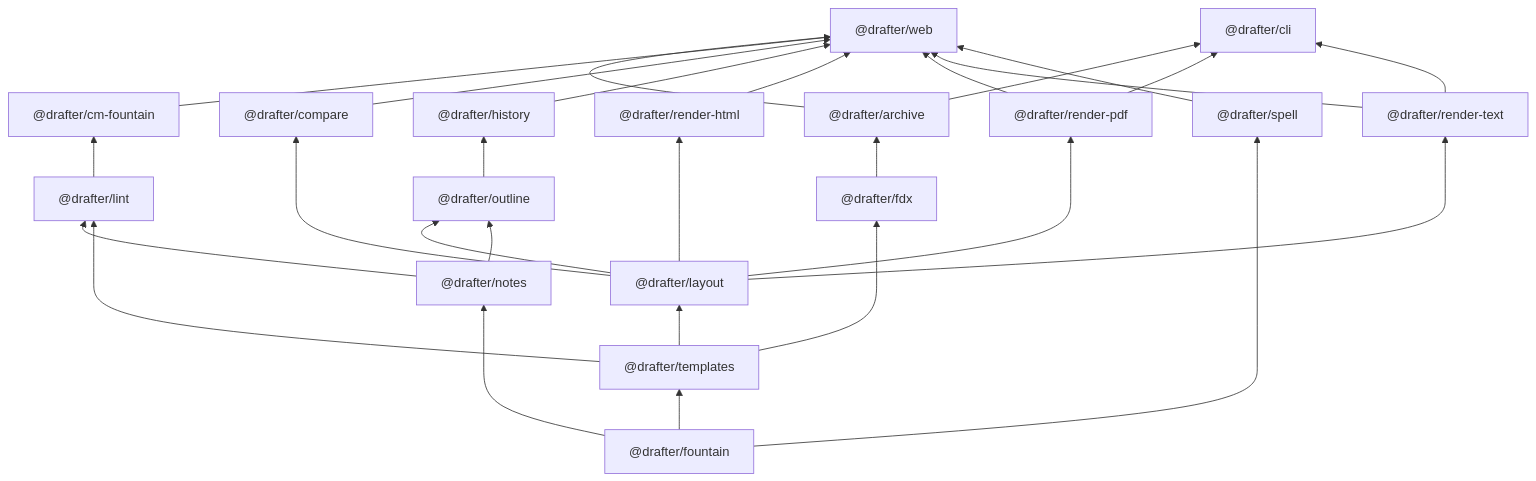
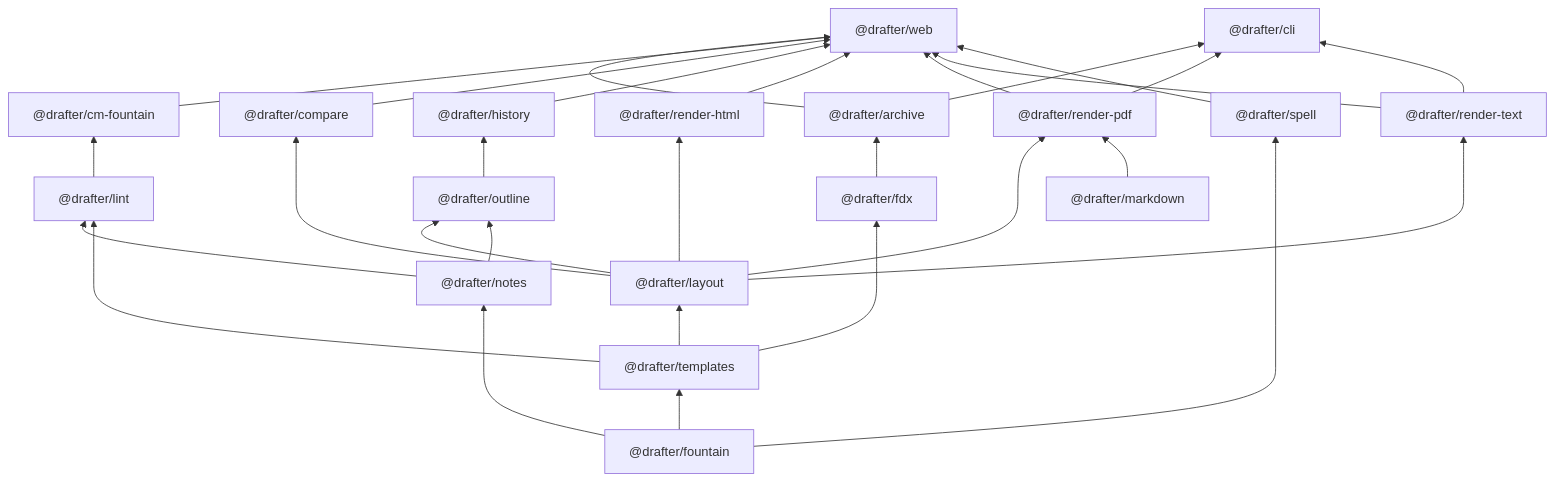
One commit to cschweda/drafter changed the first of 5 diagrams in docs/technical-details.md. Above: the diagram before and after it, drawn with Mermaid. The commit also changed other lines of this file and 47 other files, not shown here.

````diff
--- a/docs/technical-details.md
+++ b/docs/technical-details.md
@@ -36,47 +36,49 @@
 ```mermaid
 flowchart BT
   web["@drafter/web"]
   cli["@drafter/cli"]
   cm_fountain["@drafter/cm-fountain"]
   outline["@drafter/outline"]
   compare["@drafter/compare"]
   history["@drafter/history"]
   render_pdf["@drafter/render-pdf"]
   render_html["@drafter/render-html"]
   render_text["@drafter/render-text"]
   layout["@drafter/layout"]
   lint["@drafter/lint"]
   fdx["@drafter/fdx"]
   archive["@drafter/archive"]
   templates["@drafter/templates"]
   notes["@drafter/notes"]
   spell["@drafter/spell"]
+  markdown["@drafter/markdown"]
   fountain["@drafter/fountain"]
   archive --> web
   cm_fountain --> web
   compare --> web
   history --> web
   render_html --> web
   render_pdf --> web
   render_text --> web
   spell --> web
   archive --> cli
   render_pdf --> cli
   render_text --> cli
   lint --> cm_fountain
   layout --> outline
   notes --> outline
   layout --> compare
   outline --> history
   layout --> render_pdf
+  markdown --> render_pdf
   layout --> render_html
   layout --> render_text
   templates --> layout
   notes --> lint
   templates --> lint
   templates --> fdx
   fdx --> archive
   fountain --> templates
   fountain --> notes
   fountain --> spell
 ```
````
